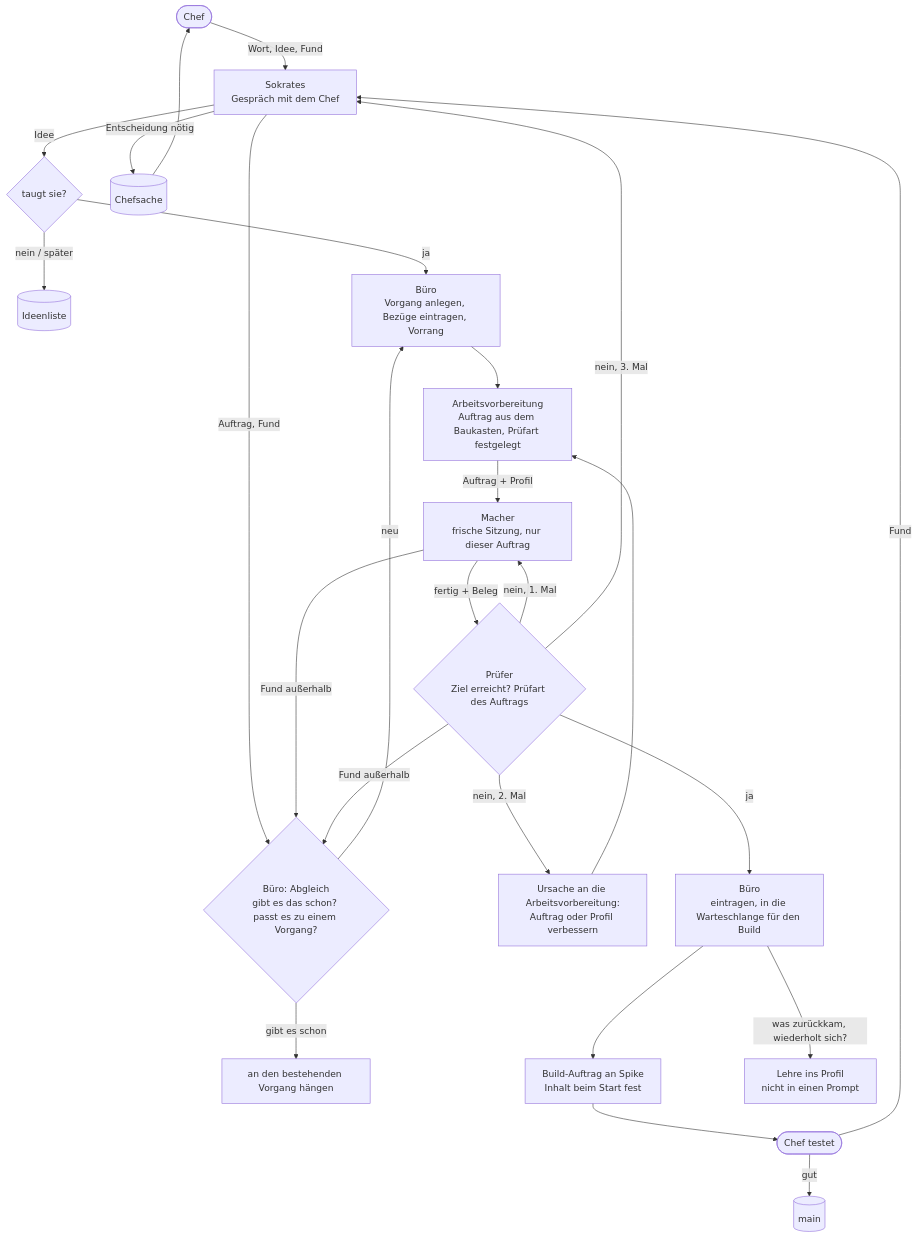
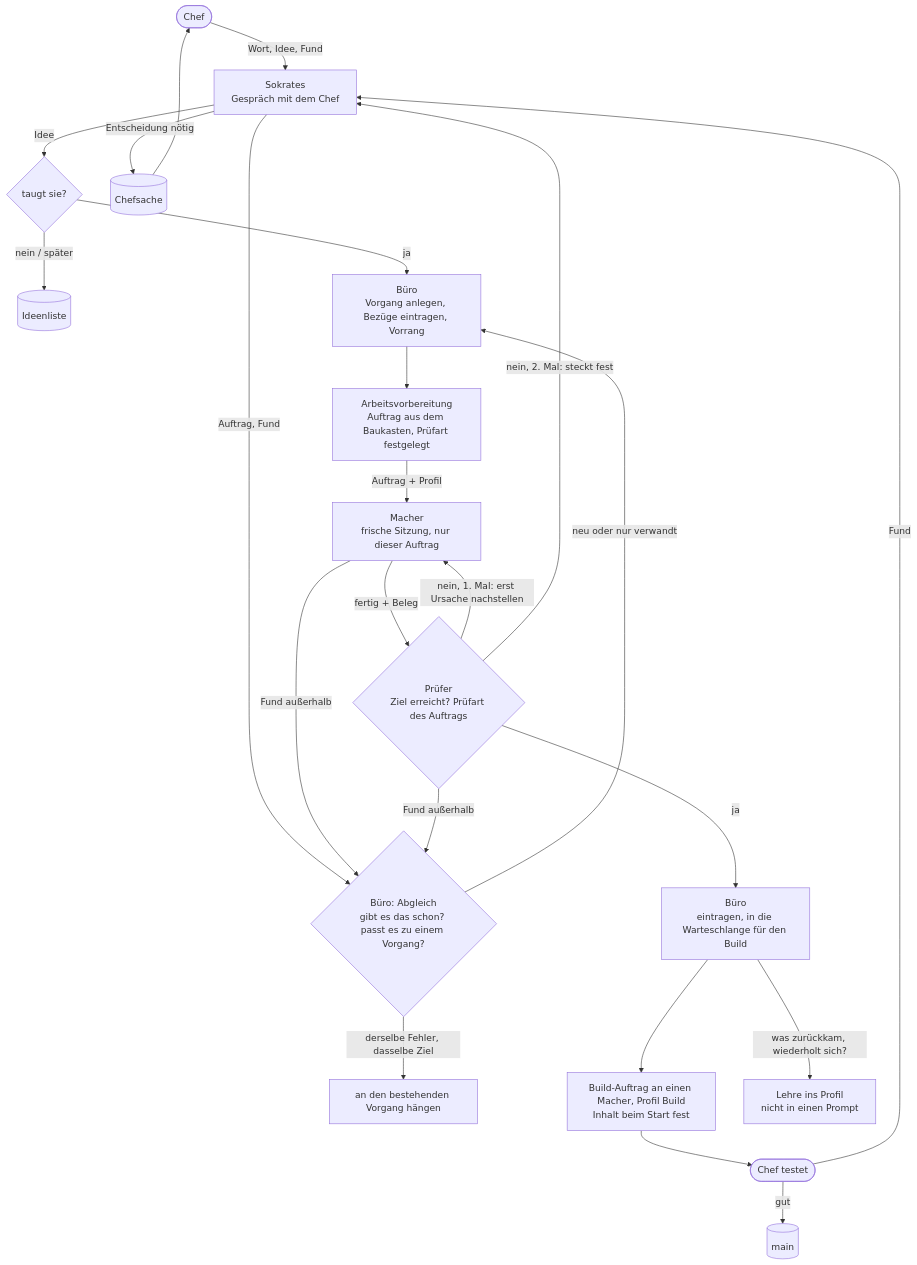
Before and after one commit to tramour-cmyk/androidapp_rpg_bornim: the diagram in docs/entwurf/1727-grobablauf.md, drawn with Mermaid. The commit also changed other lines of this file and 1 other file, not shown here.

First line of the commit message:
Sokrates: 1727 Ergänzungen geprüft, Werkzeug und Build als Profil (Chef 09:14)

````diff
--- a/docs/entwurf/1727-grobablauf.md
+++ b/docs/entwurf/1727-grobablauf.md
@@ -13,25 +13,24 @@
 ```mermaid
 flowchart TD
     C([Chef]) -->|Wort, Idee, Fund| S[Sokrates<br/>Gespräch mit dem Chef]
     S -->|Idee| I{taugt sie?}
     I -->|nein / später| IL[(Ideenliste)]
     I -->|ja| V
     S -->|Auftrag, Fund| AB{Büro: Abgleich<br/>gibt es das schon? passt es zu einem Vorgang?}
-    AB -->|gibt es schon| ALT[an den bestehenden Vorgang hängen]
-    AB -->|neu| V[Büro<br/>Vorgang anlegen, Bezüge eintragen, Vorrang]
+    AB -->|derselbe Fehler, dasselbe Ziel| ALT[an den bestehenden Vorgang hängen]
+    AB -->|neu oder nur verwandt| V[Büro<br/>Vorgang anlegen, Bezüge eintragen, Vorrang]
     S -->|Entscheidung nötig| CS[(Chefsache)] --> C
     V --> A[Arbeitsvorbereitung<br/>Auftrag aus dem Baukasten, Prüfart festgelegt]
     A -->|Auftrag + Profil| M[Macher<br/>frische Sitzung, nur dieser Auftrag]
     M -->|fertig + Beleg| P{Prüfer<br/>Ziel erreicht? Prüfart des Auftrags}
     M -->|Fund außerhalb| AB
     P -->|Fund außerhalb| AB
-    P -->|nein, 1. Mal| M
-    P -->|nein, 2. Mal| A2[Ursache an die Arbeitsvorbereitung:<br/>Auftrag oder Profil verbessern] --> A
-    P -->|nein, 3. Mal| S
+    P -->|nein, 1. Mal: erst Ursache nachstellen| M
+    P -->|nein, 2. Mal: steckt fest| S
     P -->|ja| B[Büro<br/>eintragen, in die Warteschlange für den Build]
-    B --> BA[Build-Auftrag an Spike<br/>Inhalt beim Start fest]
+    B --> BA[Build-Auftrag an einen Macher, Profil Build<br/>Inhalt beim Start fest]
     BA --> T([Chef testet])
     T -->|gut| MAIN[(main)]
     T -->|Fund| S
     B -->|was zurückkam, wiederholt sich?| L[Lehre ins Profil<br/>nicht in einen Prompt]
 ```
````
